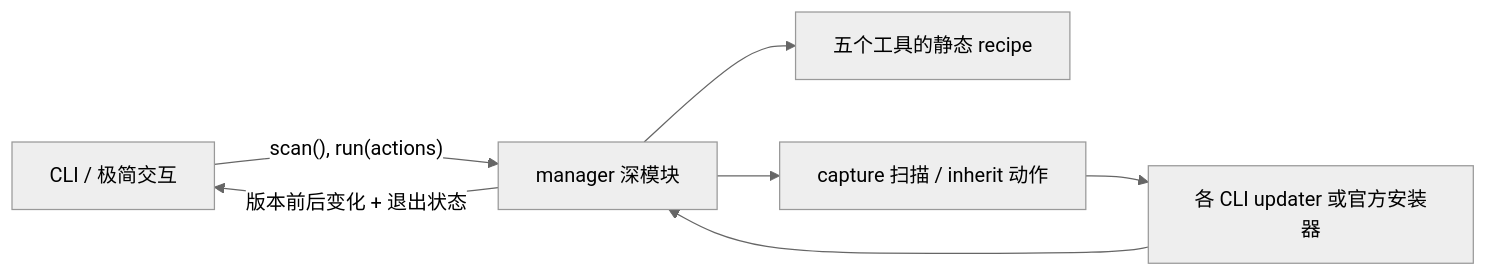
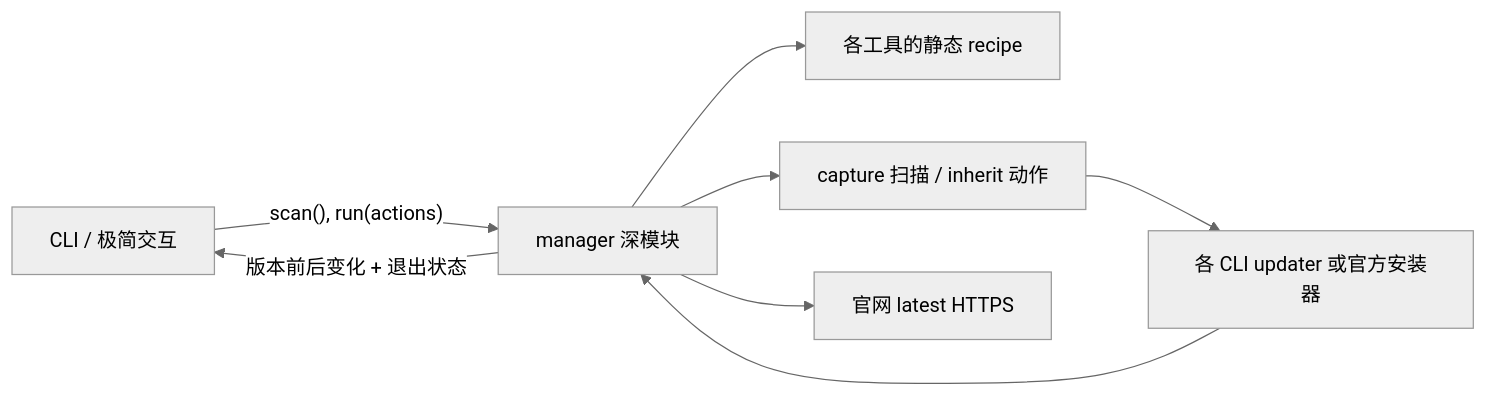
One commit to gitboy808/command-foundry changed the diagram in apps/ai-cli-manager/docs/design/simplified-architecture.md. Above: the diagram before and after it, drawn with Mermaid (neutral theme). The commit also changed other lines of this file and 7 other files, not shown here.

````diff
--- a/apps/ai-cli-manager/docs/design/simplified-architecture.md
+++ b/apps/ai-cli-manager/docs/design/simplified-architecture.md
@@ -119,9 +125,10 @@
 ```mermaid
 flowchart LR
   CLI["CLI / 极简交互"] -->|"scan(), run(actions)"| Manager["manager 深模块"]
-  Manager --> Catalog["五个工具的静态 recipe"]
+  Manager --> Catalog["各工具的静态 recipe"]
   Manager --> Runner["capture 扫描 / inherit 动作"]
+  Manager --> Latest["官网 latest HTTPS"]
   Runner --> Upstream["各 CLI updater 或官方安装器"]
   Upstream --> Manager
   Manager -->|"版本前后变化 + 退出状态"| CLI
 ```
````
